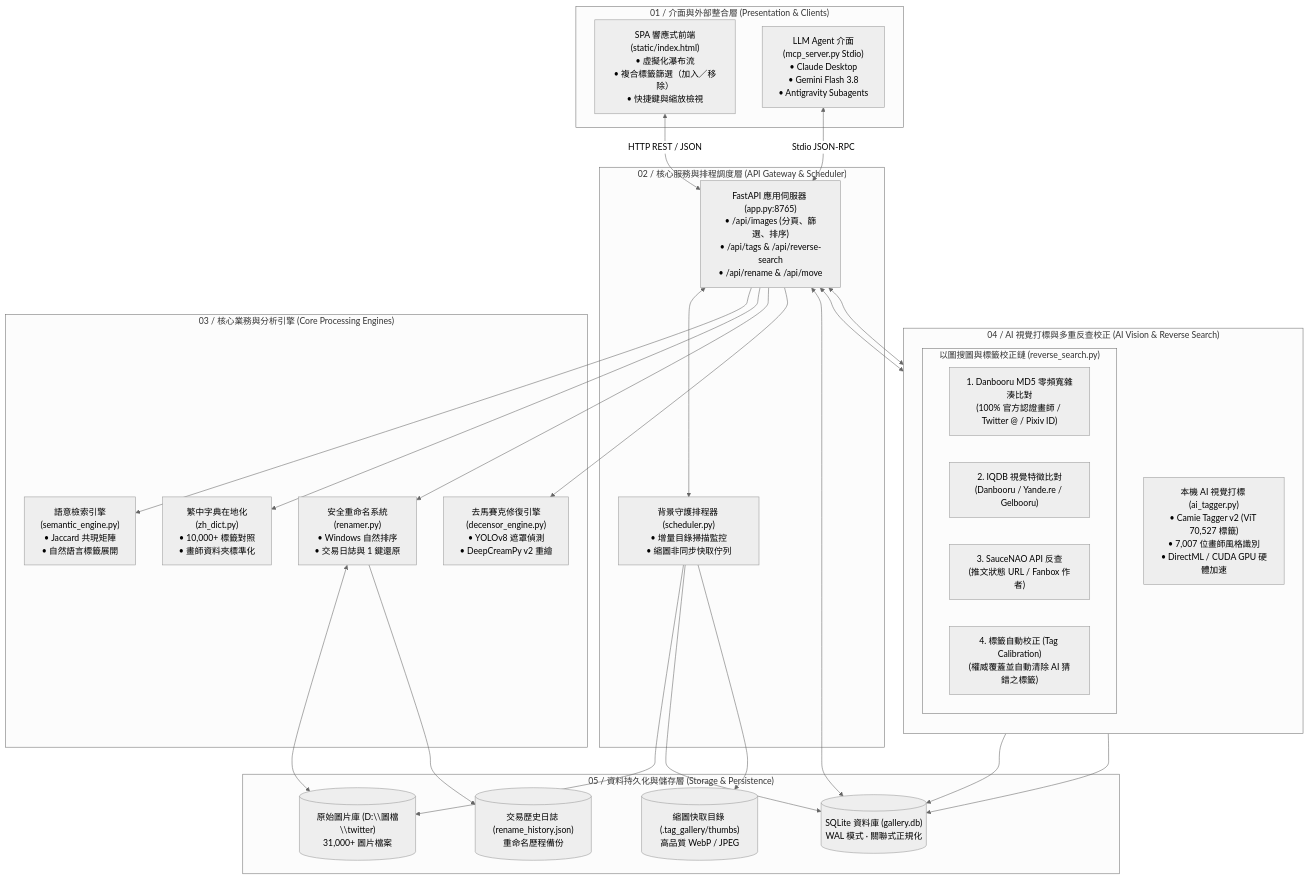
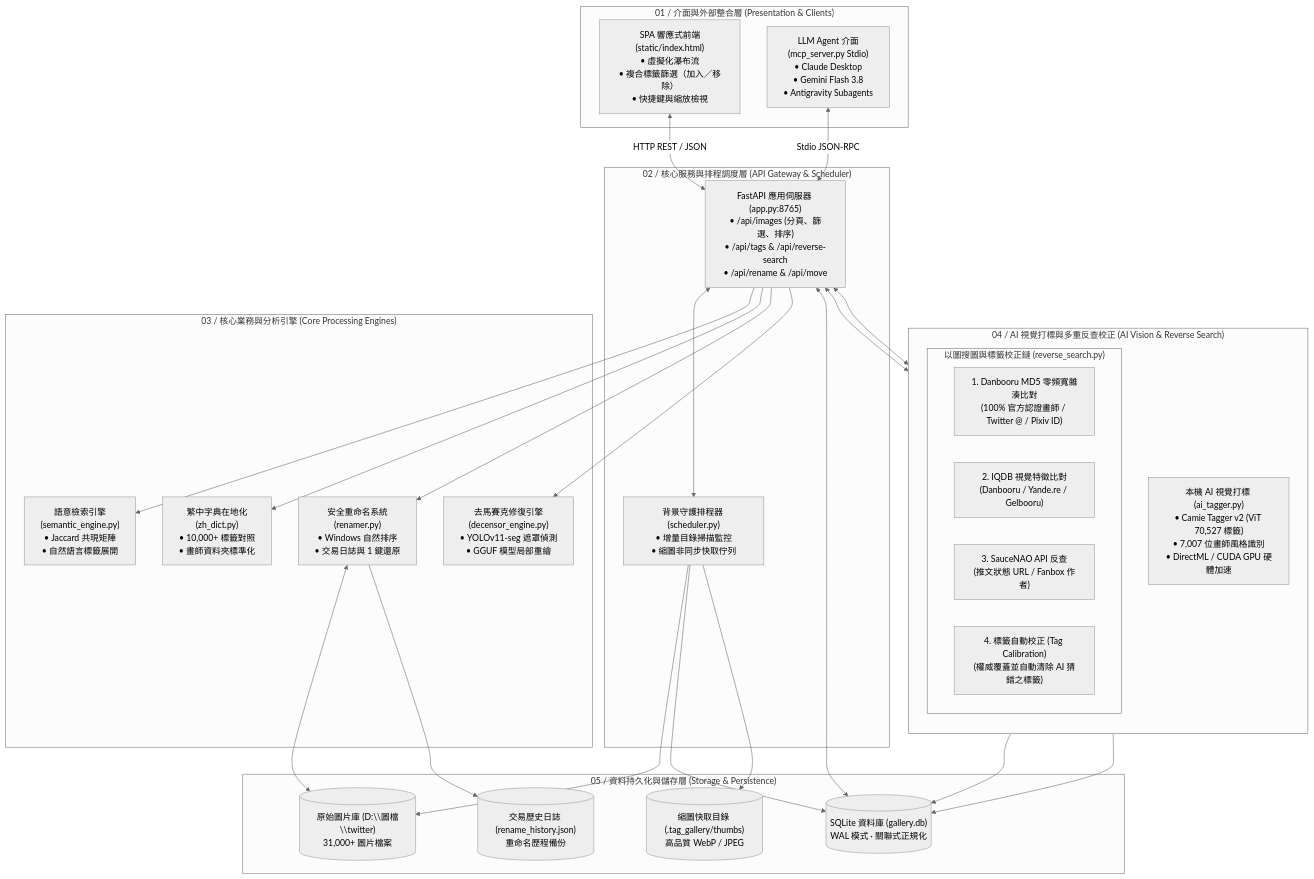
One commit to tsukiamaoto/twitter-tag-gallery changed the first of 2 diagrams in README.md. Above: the diagram before and after it, drawn with Mermaid (neutral theme). The commit also changed other lines of this file and 34 other files, not shown here.

Commit message:
feat: optimize gallery performance, enhance GGUF decensor workflow, and add native Explorer reveal

````diff
--- a/README.md
+++ b/README.md
@@ -101,67 +101,67 @@
 ```mermaid
 flowchart TD
     %% Clients Layer
     subgraph Layer1 ["01 / 介面與外部整合層 (Presentation & Clients)"]
         WebUI["SPA 響應式前端<br/>(static/index.html)<br/>• 虛擬化瀑布流<br/>• 複合標籤篩選（加入／移除）<br/>• 快捷鍵與縮放檢視"]
         MCPClient["LLM Agent 介面<br/>(mcp_server.py Stdio)<br/>• Claude Desktop<br/>• Gemini Flash 3.8<br/>• Antigravity Subagents"]
     end
 
     %% Gateway & Core Layer
     subgraph Layer2 ["02 / 核心服務與排程調度層 (API Gateway & Scheduler)"]
         FastAPI["FastAPI 應用伺服器 (app.py:8765)<br/>• /api/images (分頁、篩選、排序)<br/>• /api/tags & /api/reverse-search<br/>• /api/rename & /api/move"]
         Scheduler["背景守護排程器 (scheduler.py)<br/>• 增量目錄掃描監控<br/>• 縮圖非同步快取佇列"]
     end
 
     %% Processing Layer
     subgraph Layer3 ["03 / 核心業務與分析引擎 (Core Processing Engines)"]
         SemanticEng["語意檢索引擎<br/>(semantic_engine.py)<br/>• Jaccard 共現矩陣<br/>• 自然語言標籤展開"]
         ZhDict["繁中字典在地化<br/>(zh_dict.py)<br/>• 10,000+ 標籤對照<br/>• 畫師資料夾標準化"]
         Renamer["安全重命名系統<br/>(renamer.py)<br/>• Windows 自然排序<br/>• 交易日誌與 1 鍵還原"]
-        Decensor["去馬賽克修復引擎<br/>(decensor_engine.py)<br/>• YOLOv8 遮罩偵測<br/>• DeepCreamPy v2 重繪"]
+        Decensor["去馬賽克修復引擎<br/>(decensor_engine.py)<br/>• YOLOv11-seg 遮罩偵測<br/>• GGUF 模型局部重繪"]
     end
 
     %% AI & Reverse Search Layer
     subgraph Layer4 ["04 / AI 視覺打標與多重反查校正 (AI Vision & Reverse Search)"]
         direction TB
         AIEngine["本機 AI 視覺打標 (ai_tagger.py)<br/>• Camie Tagger v2 (ViT 70,527 標籤)<br/>• 7,007 位畫師風格識別<br/>• DirectML / CUDA GPU 硬體加速"]
         
         subgraph RevSearchChain ["以圖搜圖與標籤校正鏈 (reverse_search.py)"]
             MD5Lookup["1. Danbooru MD5 零頻寬雜湊比對<br/>(100% 官方認證畫師 / Twitter @ / Pixiv ID)"]
             IQDBLookup["2. IQDB 視覺特徵比對<br/>(Danbooru / Yande.re / Gelbooru)"]
             SauceLookup["3. SauceNAO API 反查<br/>(推文狀態 URL / Fanbox 作者)"]
             Calibrate["4. 標籤自動校正 (Tag Calibration)<br/>(權威覆蓋並自動清除 AI 猜錯之標籤)"]
         end
     end
 
     %% Storage Layer
     subgraph Layer5 ["05 / 資料持久化與儲存層 (Storage & Persistence)"]
         LocalFiles[("原始圖片庫 (D:\\圖檔\\twitter)<br/>31,000+ 圖片檔案")]
         DB[("SQLite 資料庫 (gallery.db)<br/>WAL 模式 · 關聯式正規化")]
         ThumbDir[("縮圖快取目錄 (.tag_gallery/thumbs)<br/>高品質 WebP / JPEG")]
         HistLog[("交易歷史日誌 (rename_history.json)<br/>重命名歷程備份")]
     end
 
     %% Inter-layer connections
     WebUI <-->|HTTP REST / JSON| FastAPI
     MCPClient <-->|Stdio JSON-RPC| FastAPI
     
     FastAPI <--> Scheduler
     FastAPI --> SemanticEng
     FastAPI --> ZhDict
     FastAPI --> Renamer
     FastAPI --> Decensor
     
     FastAPI <--> AIEngine
     FastAPI <--> RevSearchChain
     
     Scheduler --> LocalFiles
     Scheduler --> DB
     Scheduler --> ThumbDir
     
     Renamer <--> LocalFiles
     Renamer --> HistLog
     
     AIEngine --> DB
     RevSearchChain --> DB
     FastAPI <--> DB
 ```
````
